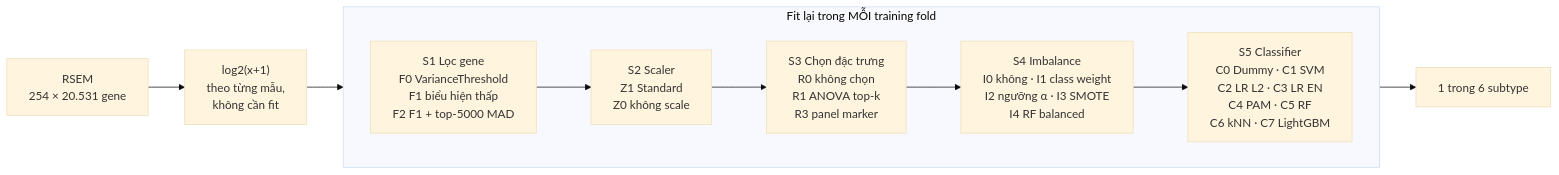
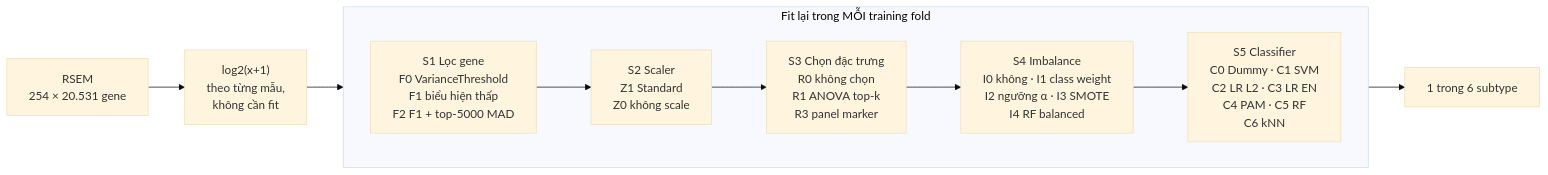
The fourth of 12 diagrams in docs/protocol_3.0_proposal.md (nhdung98/ProjectA), drawn with Mermaid (base theme) before and after one commit. The commit also changed other lines of this file and 2 other files, not shown here.

Commit message:
docs: update protocol 3.0 proposal and add mock results and nested CV diagram

````diff
--- a/docs/protocol_3.0_proposal.md
+++ b/docs/protocol_3.0_proposal.md
@@ -78,15 +78,15 @@
 ```mermaid
 flowchart LR
   X["RSEM<br/>254 × 20.531 gene"] --> L["log2(x+1)<br/>theo từng mẫu,<br/>không cần fit"]
   subgraph FIT["Fit lại trong MỖI training fold"]
     direction LR
     S1["S1 Lọc gene<br/>F0 VarianceThreshold<br/>F1 biểu hiện thấp<br/>F2 F1 + top-5000 MAD"]
     S2["S2 Scaler<br/>Z1 Standard<br/>Z0 không scale"]
     S3["S3 Chọn đặc trưng<br/>R0 không chọn<br/>R1 ANOVA top-k<br/>R3 panel marker"]
     S4["S4 Imbalance<br/>I0 không · I1 class weight<br/>I2 ngưỡng α · I3 SMOTE<br/>I4 RF balanced"]
-    S5["S5 Classifier<br/>C0 Dummy · C1 SVM<br/>C2 LR L2 · C3 LR EN<br/>C4 PAM · C5 RF<br/>C6 kNN · C7 LightGBM"]
+    S5["S5 Classifier<br/>C0 Dummy · C1 SVM<br/>C2 LR L2 · C3 LR EN<br/>C4 PAM · C5 RF<br/>C6 kNN"]
     S1 --> S2 --> S3 --> S4 --> S5
   end
   L --> S1
   S5 --> Y["1 trong 6 subtype"]
 ```
````
